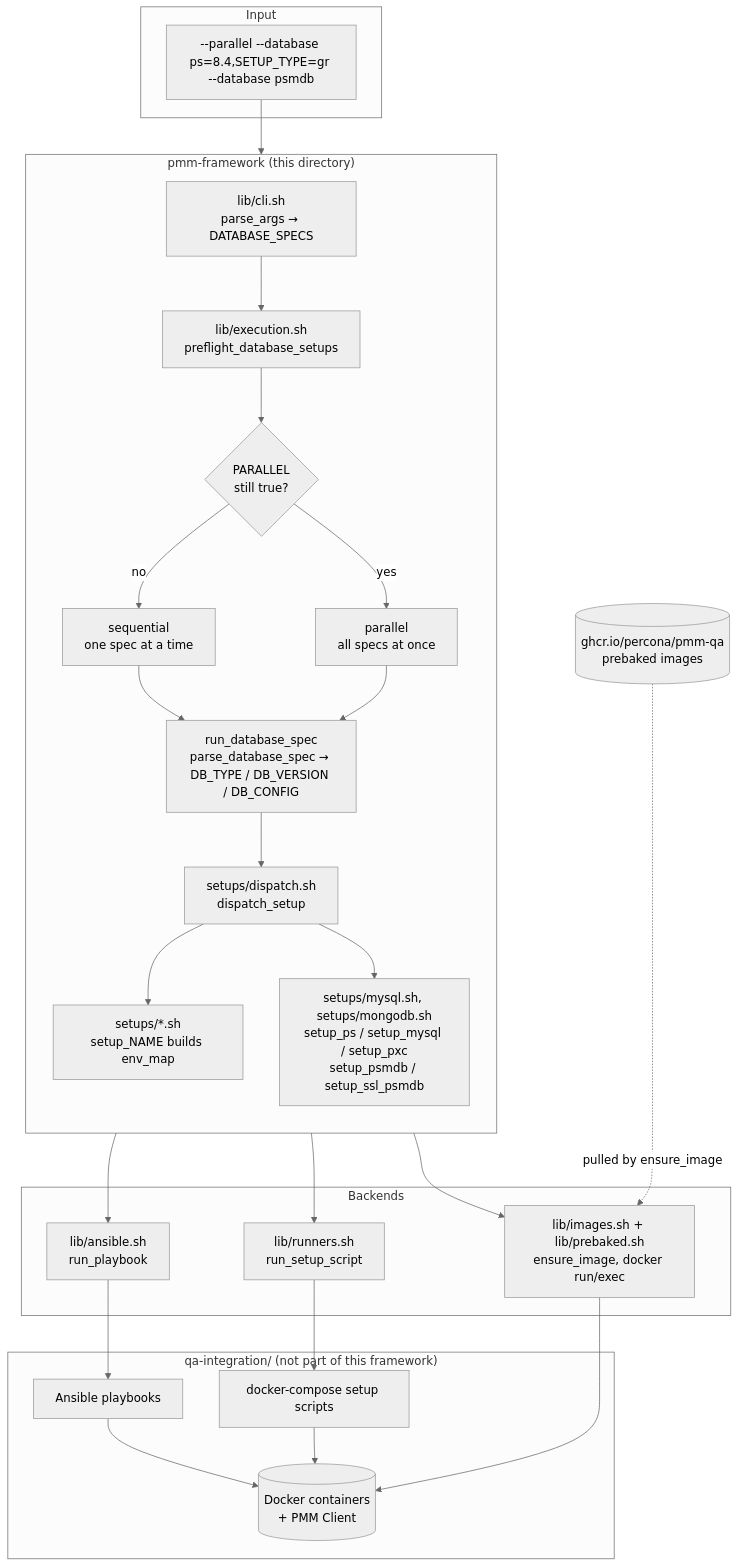
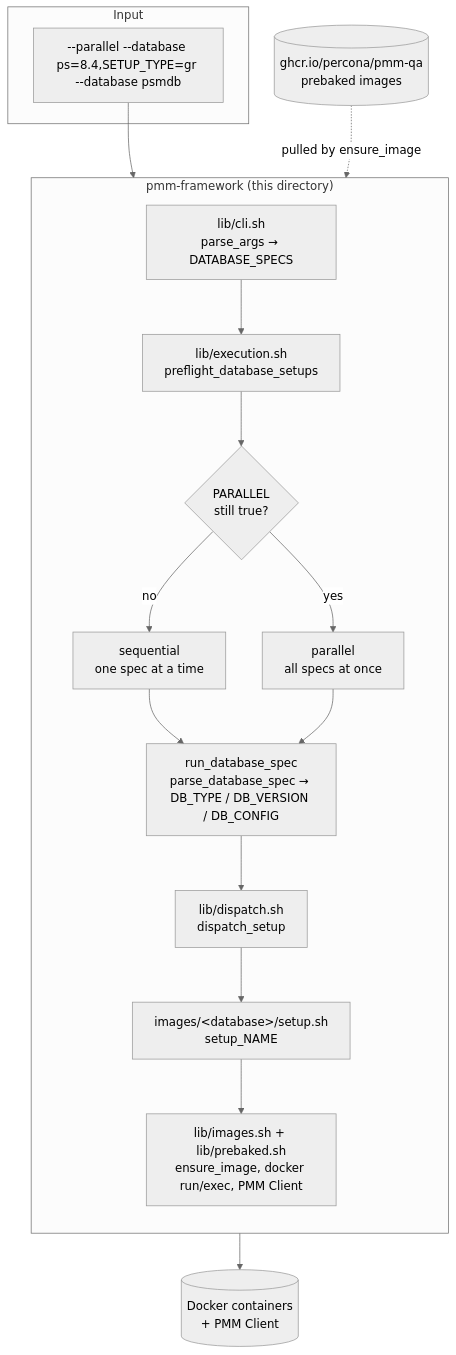
Before and after one commit to percona/pmm-qa: the first of 3 diagrams in qa-integration/pmm_qa/pmm-framework/ARCHITECTURE.md, drawn with Mermaid (neutral theme). The commit also changed other lines of this file and 6 other files, not shown here.

First line of the commit message:
pmm-framework: document the prebaked-only design

````diff
--- a/qa-integration/pmm_qa/pmm-framework/ARCHITECTURE.md
+++ b/qa-integration/pmm_qa/pmm-framework/ARCHITECTURE.md
@@ -22,43 +16,28 @@
 ```mermaid
 flowchart TB
     subgraph CLI["Input"]
         ARGS["--parallel --database ps=8.4,SETUP_TYPE=gr --database psmdb"]
     end
 
     subgraph FW["pmm-framework (this directory)"]
         direction TB
         PARSE["lib/cli.sh<br/>parse_args → DATABASE_SPECS"]
         PRE["lib/execution.sh<br/>preflight_database_setups"]
         STRAT{"PARALLEL<br/>still true?"}
         SEQ["sequential<br/>one spec at a time"]
         PAR["parallel<br/>all specs at once"]
         SPEC["run_database_spec<br/>parse_database_spec → DB_TYPE / DB_VERSION / DB_CONFIG"]
-        DISP["setups/dispatch.sh<br/>dispatch_setup"]
-        SETUP["setups/*.sh<br/>setup_NAME builds env_map"]
-        BAKED["setups/mysql.sh, setups/mongodb.sh<br/>setup_ps / setup_mysql / setup_pxc<br/>setup_psmdb / setup_ssl_psmdb"]
-    end
-
-    subgraph BACK["Backends"]
-        PB["lib/ansible.sh<br/>run_playbook"]
-        SC["lib/runners.sh<br/>run_setup_script"]
-        DK["lib/images.sh + lib/prebaked.sh<br/>ensure_image, docker run/exec"]
-    end
-
-    subgraph REAL["qa-integration/ (not part of this framework)"]
-        YML["Ansible playbooks"]
-        SH["docker-compose setup scripts"]
-        DOCKER[("Docker containers<br/>+ PMM Client")]
+        DISP["lib/dispatch.sh<br/>dispatch_setup"]
+        SETUP["images/&lt;database&gt;/setup.sh<br/>setup_NAME"]
+        DK["lib/images.sh + lib/prebaked.sh<br/>ensure_image, docker run/exec, PMM Client"]
     end
 
     GHCR[("ghcr.io/percona/pmm-qa<br/>prebaked images")]
+    DOCKER[("Docker containers<br/>+ PMM Client")]
 
     ARGS --> PARSE --> PRE --> STRAT
     STRAT -- no --> SEQ --> SPEC
     STRAT -- yes --> PAR --> SPEC
-    SPEC --> DISP --> SETUP
-    DISP --> BAKED
-    SETUP --> PB --> YML --> DOCKER
-    SETUP --> SC --> SH --> DOCKER
-    BAKED --> DK --> DOCKER
+    SPEC --> DISP --> SETUP --> DK --> DOCKER
     GHCR -. pulled by ensure_image .-> DK
 ```
````
